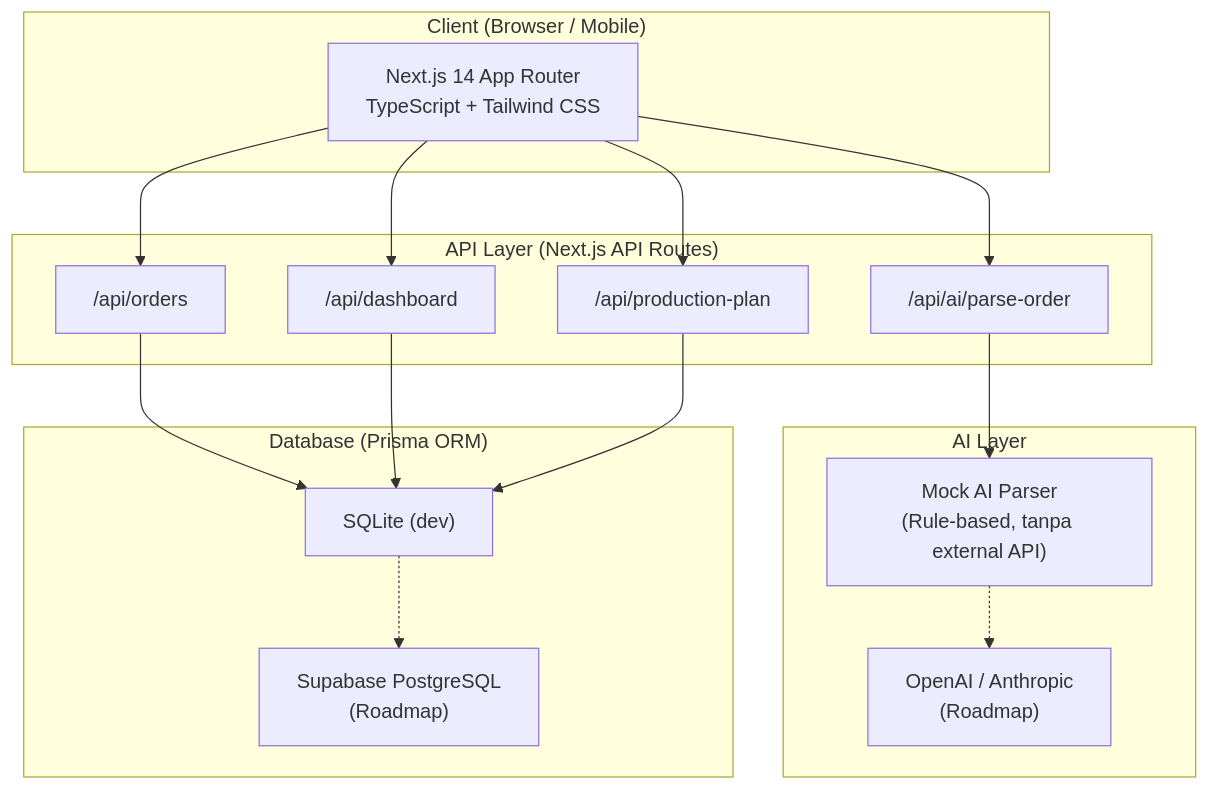
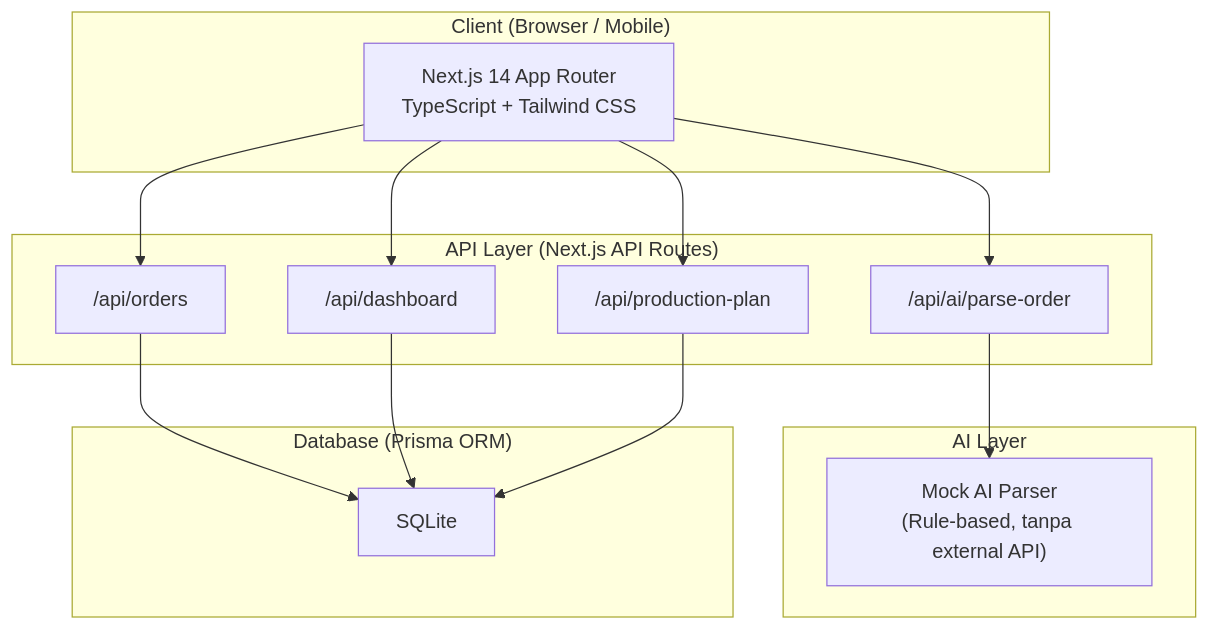
The fourth of 5 diagrams in docs/proposal/99_FINAL_PROPOSAL_SUBMISSION.md (codezeros18/kuali), drawn with Mermaid before and after one commit. The commit also changed other lines of this file and 31 other files, not shown here.

````diff
--- a/docs/proposal/99_FINAL_PROPOSAL_SUBMISSION.md
+++ b/docs/proposal/99_FINAL_PROPOSAL_SUBMISSION.md
@@ -439,34 +467,30 @@
 ```mermaid
 graph TB
     subgraph Client["Client (Browser / Mobile)"]
         NextJS["Next.js 14 App Router\nTypeScript + Tailwind CSS"]
     end
 
     subgraph API["API Layer (Next.js API Routes)"]
         ParseAPI["/api/ai/parse-order"]
         OrderAPI["/api/orders"]
         DashAPI["/api/dashboard"]
         PlanAPI["/api/production-plan"]
     end
 
     subgraph AI["AI Layer"]
         MockParser["Mock AI Parser\n(Rule-based, tanpa external API)"]
-        RoadmapAI["OpenAI / Anthropic\n(Roadmap)"]
     end
 
     subgraph DB["Database (Prisma ORM)"]
-        SQLite["SQLite (dev)"]
-        Postgres["Supabase PostgreSQL\n(Roadmap)"]
+        SQLite["SQLite"]
     end
 
     NextJS --> ParseAPI
     NextJS --> OrderAPI
     NextJS --> DashAPI
     NextJS --> PlanAPI
     ParseAPI --> MockParser
-    MockParser -.-> RoadmapAI
     OrderAPI --> SQLite
     DashAPI --> SQLite
     PlanAPI --> SQLite
-    SQLite -.-> Postgres
 ```
````
